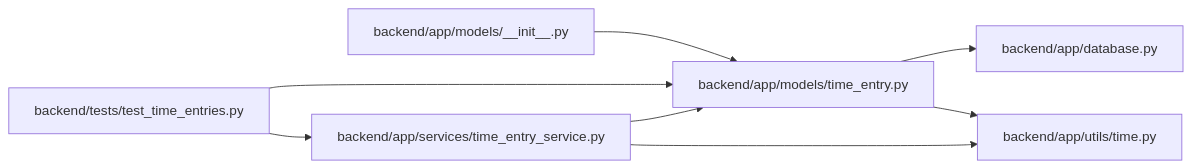
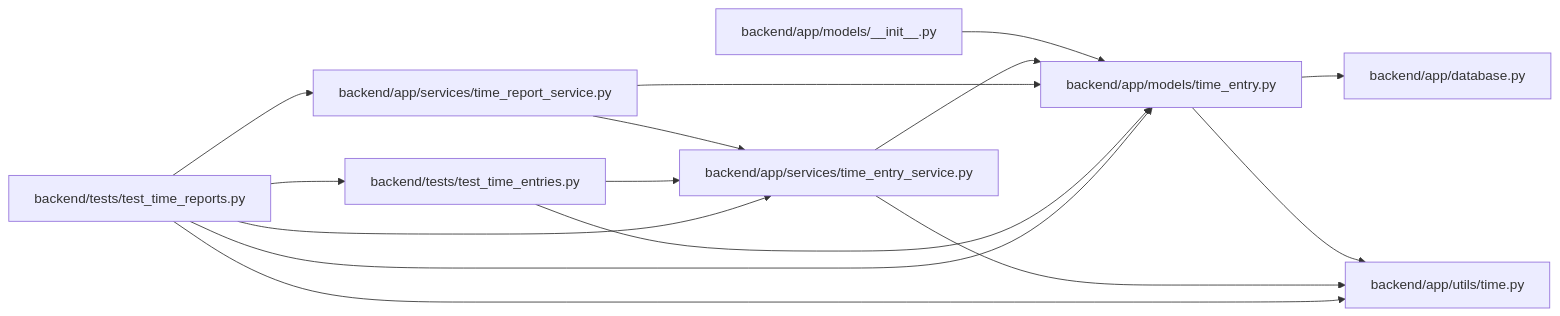
Before and after one commit to Denissvgn/WorkChord: the diagram in docs/llm_wiki/modules/models_time_entry.md, drawn with Mermaid. The commit also changed other lines of this file and 435 other files, not shown here.

Commit message:
docs(wiki): explain scoped time reports and protected entry workflows

````diff
--- a/docs/llm_wiki/modules/models_time_entry.md
+++ b/docs/llm_wiki/modules/models_time_entry.md
@@ -24,22 +24,33 @@
 ```mermaid
 flowchart LR
     n0["backend/app/database.py"]
     n1["backend/app/models/__init__.py"]
     n2["backend/app/models/time_entry.py"]
     n3["backend/app/services/time_entry_service.py"]
-    n4["backend/app/utils/time.py"]
-    n5["backend/tests/test_time_entries.py"]
+    n4["backend/app/services/time_report_service.py"]
+    n5["backend/app/utils/time.py"]
+    n6["backend/tests/test_time_entries.py"]
+    n7["backend/tests/test_time_reports.py"]
     n1 --> n2
     n2 --> n0
-    n2 --> n4
+    n2 --> n5
     n3 --> n2
-    n3 --> n4
-    n5 --> n2
-    n5 --> n3
+    n3 --> n5
+    n4 --> n2
+    n4 --> n3
+    n6 --> n2
+    n6 --> n3
+    n7 --> n2
+    n7 --> n3
+    n7 --> n4
+    n7 --> n5
+    n7 --> n6
     click n0 "../modules/app_database.md"
     click n1 "../modules/models___init__.md"
     click n2 "../modules/models_time_entry.md"
     click n3 "../modules/time_entry_service.md"
-    click n4 "../modules/time.md"
-    click n5 "../modules/test_time_entries.md"
+    click n4 "../modules/time_report_service.md"
+    click n5 "../modules/time.md"
+    click n6 "../modules/test_time_entries.md"
+    click n7 "../modules/test_time_reports.md"
 ```
````
